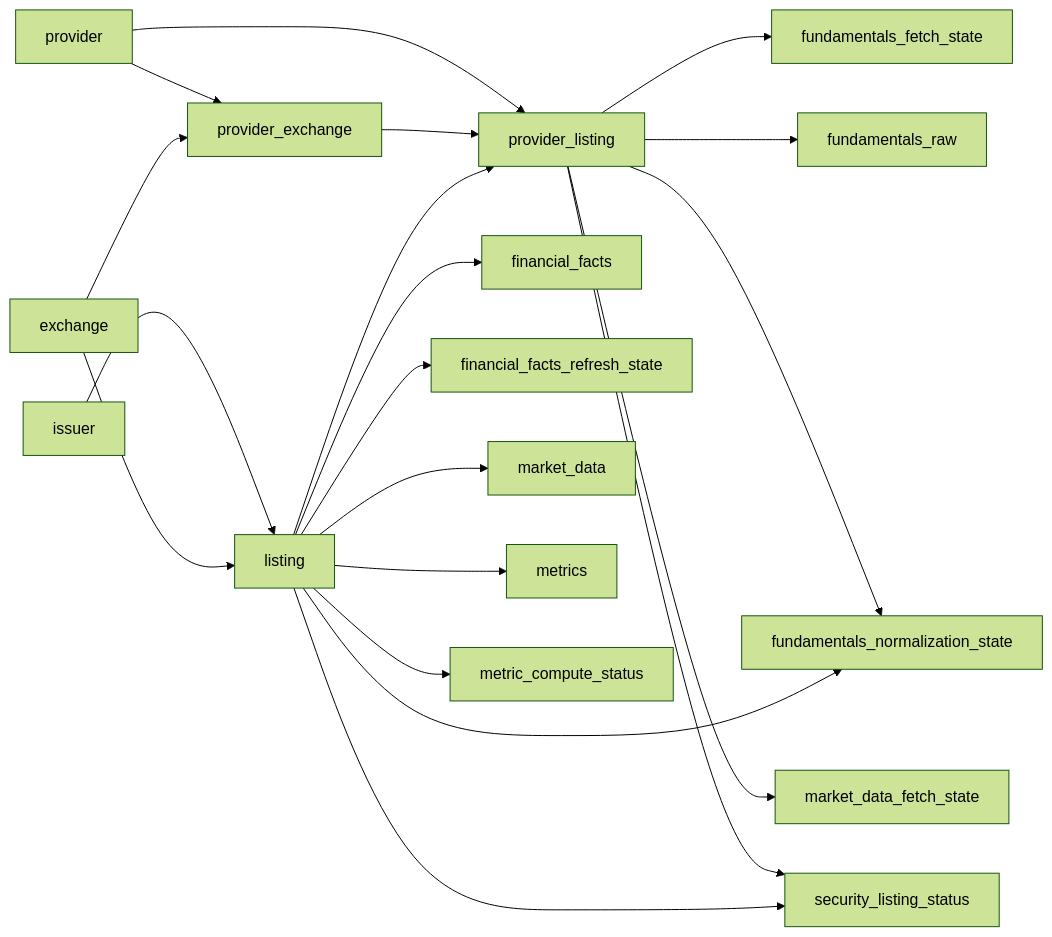
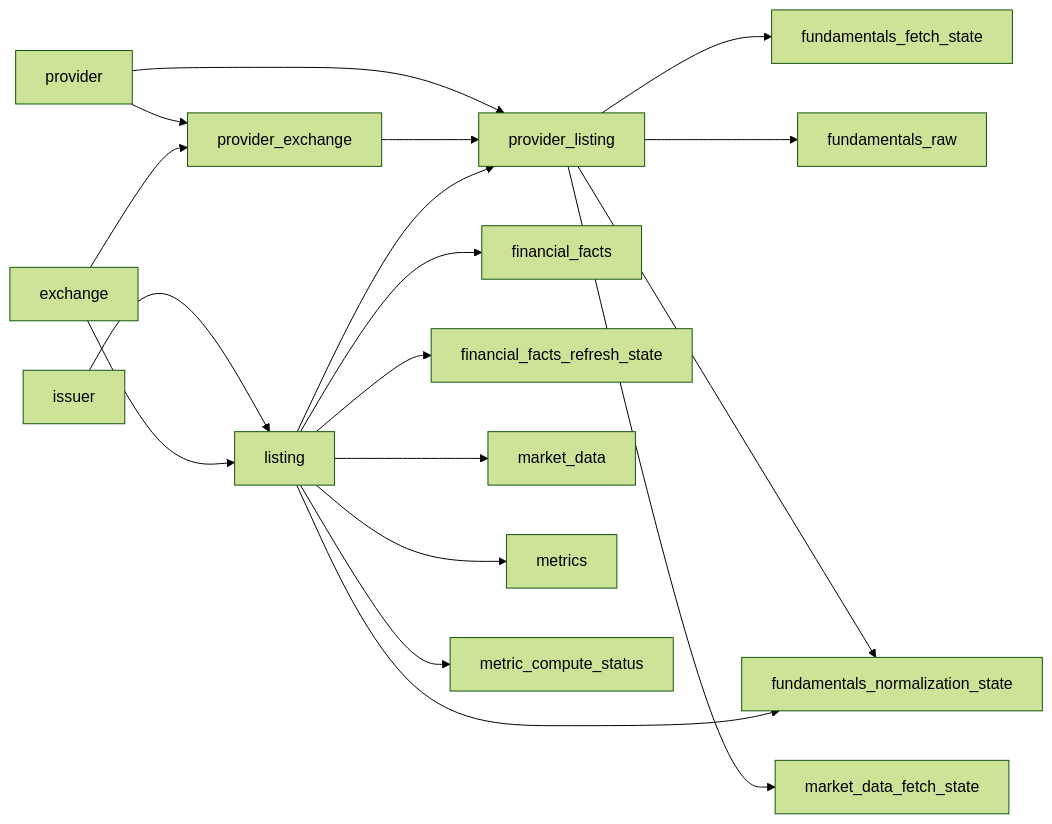
Before and after one commit to emretezel/pyvalue: the first of 2 diagrams in docs/architecture/database/relationships.md, drawn with Mermaid (forest theme). The commit also changed other lines of this file and 37 other files, not shown here.

Commit message:
storage: move primary listing status to listing

````diff
--- a/docs/architecture/database/relationships.md
+++ b/docs/architecture/database/relationships.md
@@ -7,22 +7,20 @@
 ```mermaid
 flowchart LR
     provider --> provider_exchange
     exchange --> provider_exchange
     issuer --> listing
     exchange --> listing
     provider --> provider_listing
     provider_exchange --> provider_listing
     listing --> provider_listing
     provider_listing --> fundamentals_fetch_state
     provider_listing --> fundamentals_raw
     provider_listing --> fundamentals_normalization_state
     provider_listing --> market_data_fetch_state
-    provider_listing --> security_listing_status
     listing --> fundamentals_normalization_state
-    listing --> security_listing_status
     listing --> financial_facts
     listing --> financial_facts_refresh_state
     listing --> market_data
     listing --> metrics
     listing --> metric_compute_status
 ```
````
